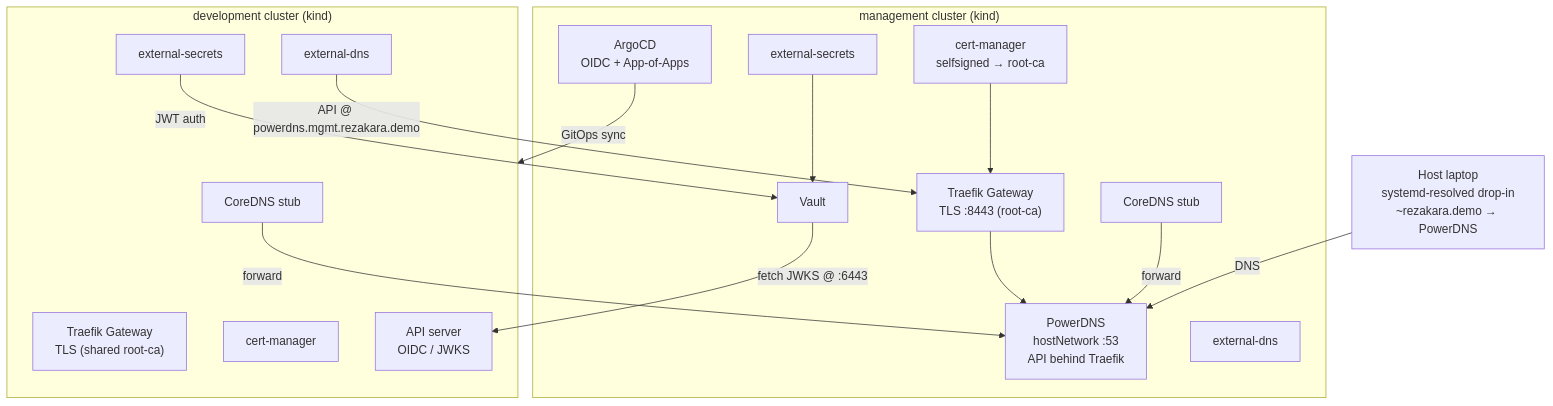
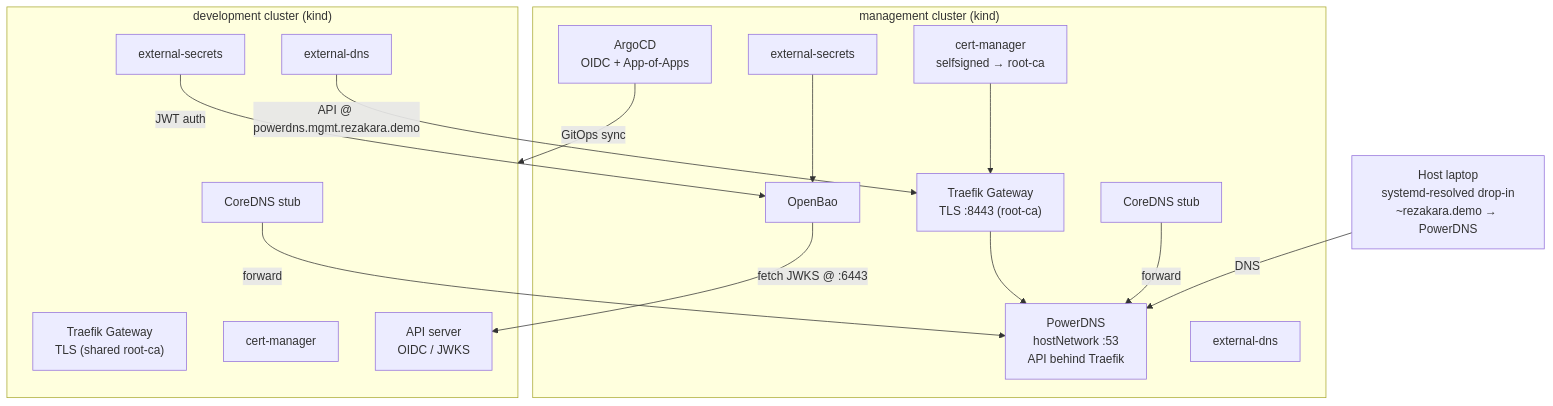
One commit to rezakaramad/kubepave changed the diagram in local/kind/ARCHITECTURE.md. Above: the diagram before and after it, drawn with Mermaid. The commit also changed other lines of this file and 36 other files, not shown here.

````diff
--- a/local/kind/ARCHITECTURE.md
+++ b/local/kind/ARCHITECTURE.md
@@ -17,34 +17,34 @@
 ```mermaid
 flowchart TB
     host["Host laptop<br/>systemd-resolved drop-in<br/>~rezakara.demo → PowerDNS"]
 
     subgraph mgmt["management cluster (kind)"]
         pdns["PowerDNS<br/>hostNetwork :53<br/>API behind Traefik"]
         coredns_m["CoreDNS stub"]
         traefik_m["Traefik Gateway<br/>TLS :8443 (root-ca)"]
         argocd["ArgoCD<br/>OIDC + App-of-Apps"]
-        vault["Vault"]
+        vault["OpenBao"]
         eso_m["external-secrets"]
         edns_m["external-dns"]
         cm_m["cert-manager<br/>selfsigned → root-ca"]
     end
 
     subgraph dev["development cluster (kind)"]
         coredns_w["CoreDNS stub"]
         traefik_w["Traefik Gateway<br/>TLS (shared root-ca)"]
         eso_w["external-secrets"]
         edns_w["external-dns"]
         cm_w["cert-manager"]
         api_w["API server<br/>OIDC / JWKS"]
     end
 
     host -->|DNS| pdns
     coredns_m -->|forward| pdns
     coredns_w -->|forward| pdns
     argocd -->|GitOps sync| dev
     edns_w -->|"API @ powerdns.mgmt.rezakara.demo"| traefik_m --> pdns
     eso_w -->|JWT auth| vault
     vault -->|"fetch JWKS @ :6443"| api_w
     eso_m --> vault
     cm_m --> traefik_m
 ```
````
